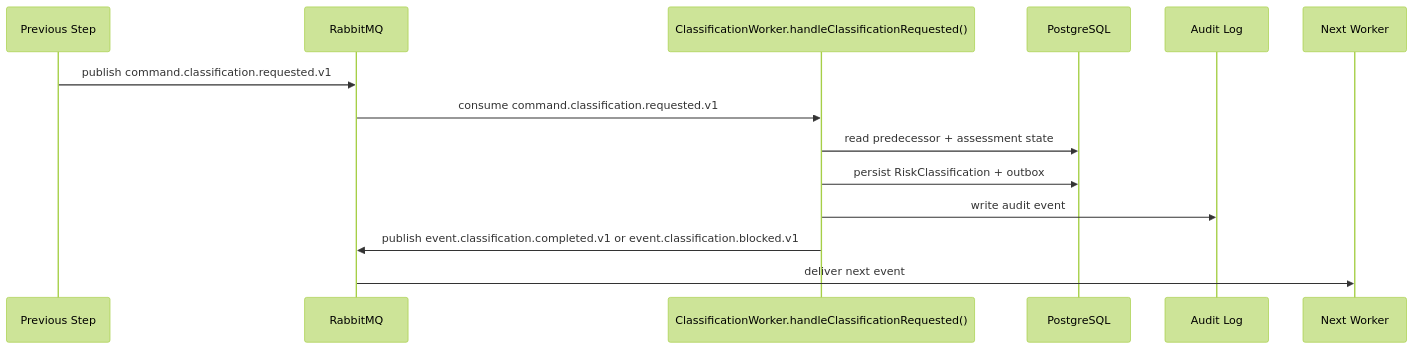
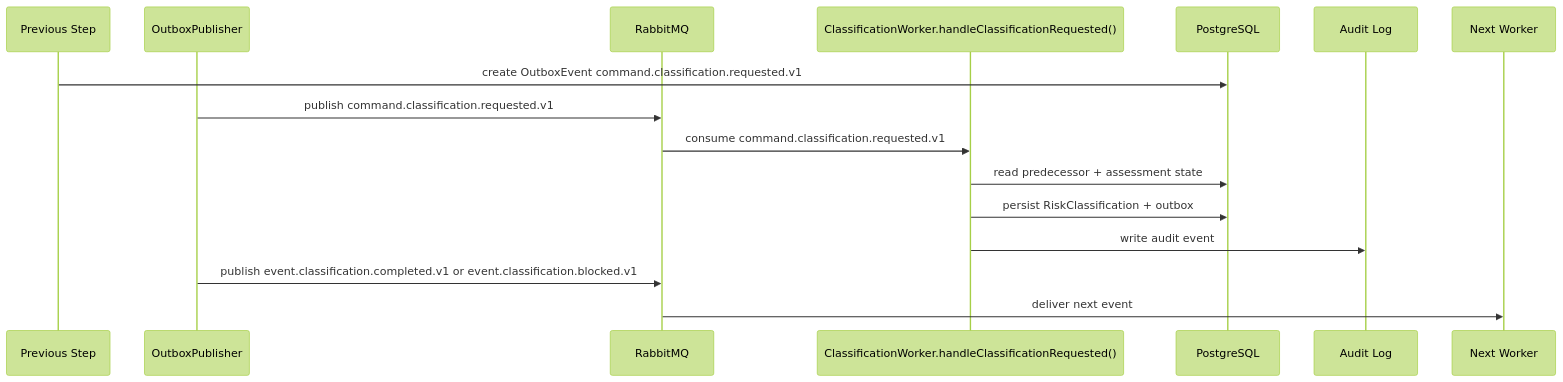
One commit to khovan123/LCSP changed the diagram in docs/developer-execution-blueprints/classification-blueprint.md. Above: the diagram before and after it, drawn with Mermaid (forest theme). The commit also changed other lines of this file and 21 other files, not shown here.

````diff
--- a/docs/developer-execution-blueprints/classification-blueprint.md
+++ b/docs/developer-execution-blueprints/classification-blueprint.md
@@ -122,17 +123,19 @@
 ```mermaid
 sequenceDiagram
   participant Prev as Previous Step
+  participant Outbox as OutboxPublisher
   participant MQ as RabbitMQ
   participant Worker as ClassificationWorker.handleClassificationRequested()
   participant DB as PostgreSQL
   participant Audit as Audit Log
   participant Next as Next Worker
 
-  Prev->>MQ: publish command.classification.requested.v1
+  Prev->>DB: create OutboxEvent command.classification.requested.v1
+  Outbox->>MQ: publish command.classification.requested.v1
   MQ->>Worker: consume command.classification.requested.v1
   Worker->>DB: read predecessor + assessment state
   Worker->>DB: persist RiskClassification + outbox
   Worker->>Audit: write audit event
-  Worker->>MQ: publish event.classification.completed.v1 or event.classification.blocked.v1
+  Outbox->>MQ: publish event.classification.completed.v1 or event.classification.blocked.v1
   MQ->>Next: deliver next event
 ```
````
